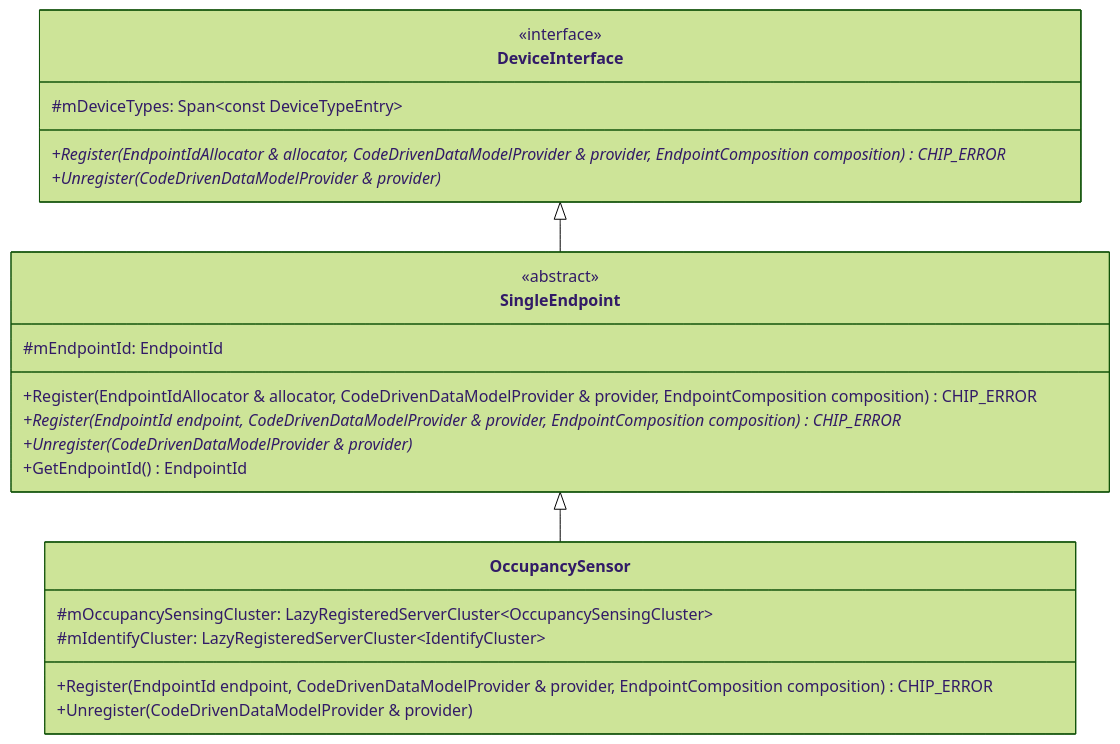
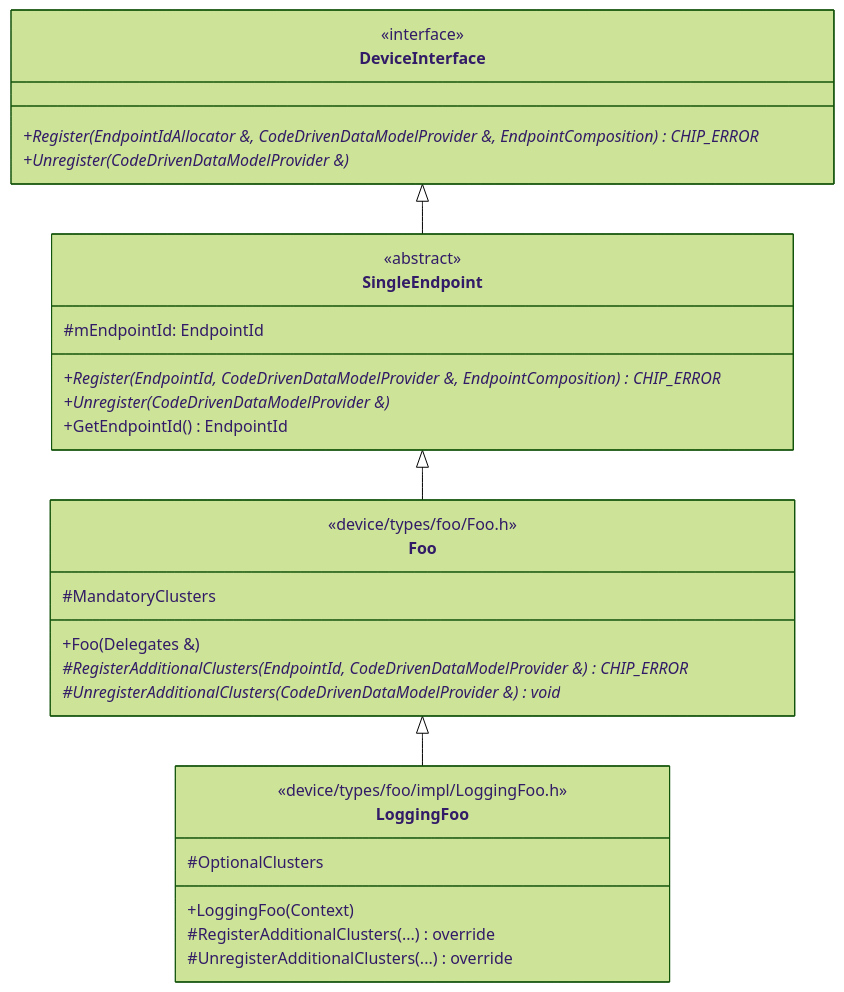
The second of 4 diagrams in examples/all-devices-app/docs/architecture.md (project-chip/connectedhomeip), drawn with Mermaid (forest theme) before and after one commit. The commit also changed other lines of this file and 3 other files, not shown here.

Commit message:
[all-devices-app] Document device inheritance, optional cluster hooks, and capability trade-offs

````diff
--- a/examples/all-devices-app/docs/architecture.md
+++ b/examples/all-devices-app/docs/architecture.md
@@ -86,28 +89,36 @@
 ```mermaid
 classDiagram
     class DeviceInterface {
         <<interface>>
-        #mDeviceTypes: Span~const DeviceTypeEntry~
-        +Register(EndpointIdAllocator & allocator, CodeDrivenDataModelProvider & provider, EndpointComposition composition)* CHIP_ERROR
-        +Unregister(CodeDrivenDataModelProvider & provider)*
+        +Register(EndpointIdAllocator &, CodeDrivenDataModelProvider &, EndpointComposition)* CHIP_ERROR
+        +Unregister(CodeDrivenDataModelProvider &)*
     }
 
     class SingleEndpoint {
         <<abstract>>
         #mEndpointId: EndpointId
-        +Register(EndpointIdAllocator & allocator, CodeDrivenDataModelProvider & provider, EndpointComposition composition) CHIP_ERROR
-        +Register(EndpointId endpoint, CodeDrivenDataModelProvider & provider, EndpointComposition composition)* CHIP_ERROR
-        +Unregister(CodeDrivenDataModelProvider & provider)*
+        +Register(EndpointId, CodeDrivenDataModelProvider &, EndpointComposition)* CHIP_ERROR
+        +Unregister(CodeDrivenDataModelProvider &)*
         +GetEndpointId() EndpointId
     }
 
-    class OccupancySensor {
-        #mOccupancySensingCluster: LazyRegisteredServerCluster~OccupancySensingCluster~
-        #mIdentifyCluster: LazyRegisteredServerCluster~IdentifyCluster~
-        +Register(EndpointId endpoint, CodeDrivenDataModelProvider & provider, EndpointComposition composition) CHIP_ERROR
-        +Unregister(CodeDrivenDataModelProvider & provider)
+    class Foo {
+        <<device/types/foo/Foo.h>>
+        #MandatoryClusters
+        +Foo(Delegates &)
+        #RegisterAdditionalClusters(EndpointId, CodeDrivenDataModelProvider &)* CHIP_ERROR
+        #UnregisterAdditionalClusters(CodeDrivenDataModelProvider &)* void
+    }
+
+    class LoggingFoo {
+        <<device/types/foo/impl/LoggingFoo.h>>
+        #OptionalClusters
+        +LoggingFoo(Context)
+        #RegisterAdditionalClusters(...) override
+        #UnregisterAdditionalClusters(...) override
     }
 
     DeviceInterface <|-- SingleEndpoint
-    SingleEndpoint <|-- OccupancySensor
+    SingleEndpoint <|-- Foo
+    Foo <|-- LoggingFoo
 ```
````
